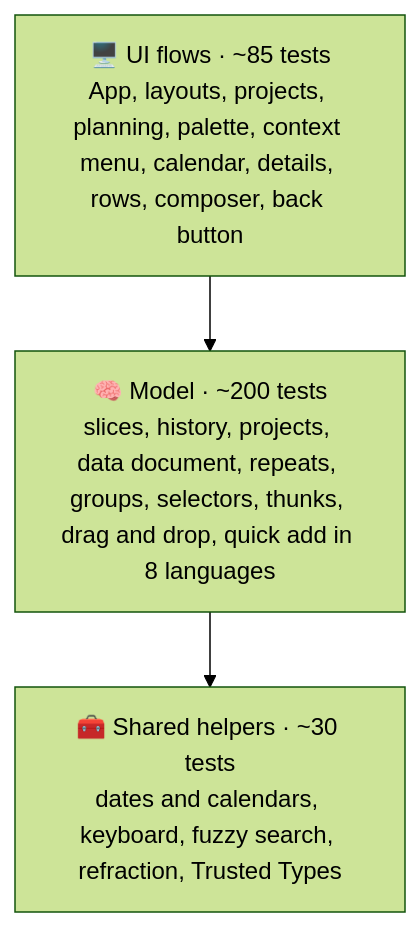
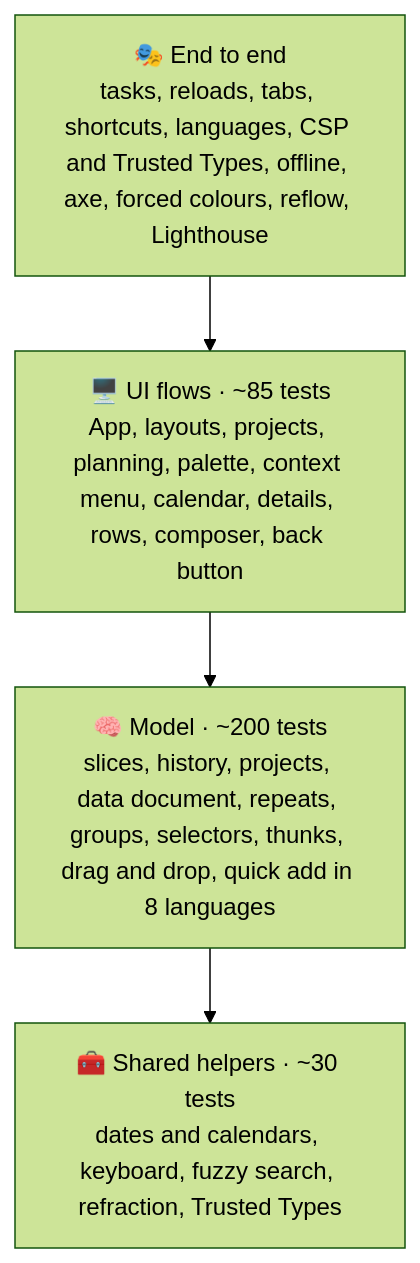
Before and after one commit to sacrificed666/react-todo-app: the first of 2 diagrams in docs/testing.md, drawn with Mermaid (forest theme). The commit also changed other lines of this file and 40 other files, not shown here.

````diff
--- a/docs/testing.md
+++ b/docs/testing.md
@@ -25,7 +32,8 @@
 ```mermaid
 flowchart TB
+  E2E["🎭 End to end<br/>tasks, reloads, tabs, shortcuts, languages, CSP and Trusted Types, offline, axe, forced colours, reflow, Lighthouse"]
   UI["🖥️ UI flows · ~85 tests<br/>App, layouts, projects, planning, palette, context menu, calendar, details, rows, composer, back button"]
   Model["🧠 Model · ~200 tests<br/>slices, history, projects, data document, repeats, groups, selectors, thunks, drag and drop, quick add in 8 languages"]
   Lib["🧰 Shared helpers · ~30 tests<br/>dates and calendars, keyboard, fuzzy search, refraction, Trusted Types"]
-  UI --> Model --> Lib
+  E2E --> UI --> Model --> Lib
 ```
````
